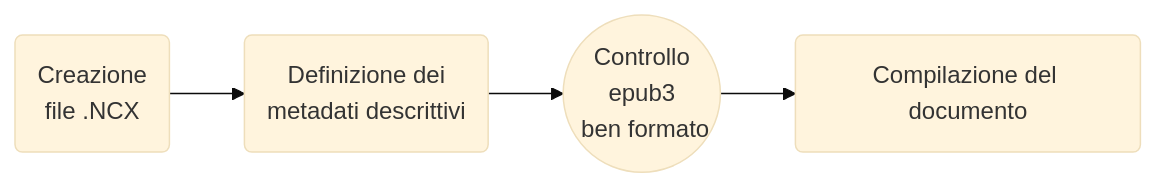
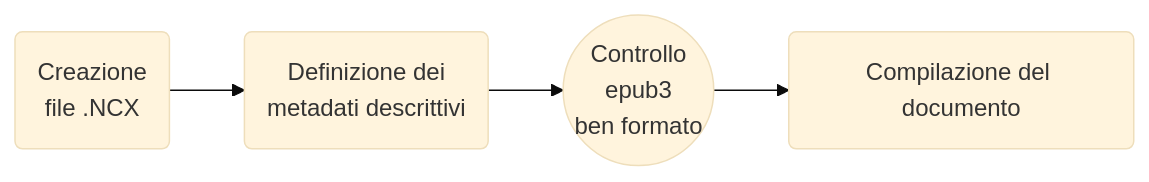
Before and after one commit to borlini123/Relazione-Progetto_Editoria-Digitale-2023-2024: the fourth of 4 diagrams in RelazioneProgettoEsame.md, drawn with Mermaid (base theme). The commit also changed other lines of this file, not shown here.

````diff
--- a/RelazioneProgettoEsame.md
+++ b/RelazioneProgettoEsame.md
@@ -123,6 +153,6 @@
 ```mermaid
 flowchart LR
   C("Creazione <br>file .NCX") --> B("Definizione dei <br>metadati descrittivi")
-  B --> A(("Controllo <br>epub3<br>&nbsp;ben formato"))
+  B --> A(("Controllo <br>epub3<br> ben formato"))
   A --> Z("Compilazione del documento")
-``` 
+```
````
